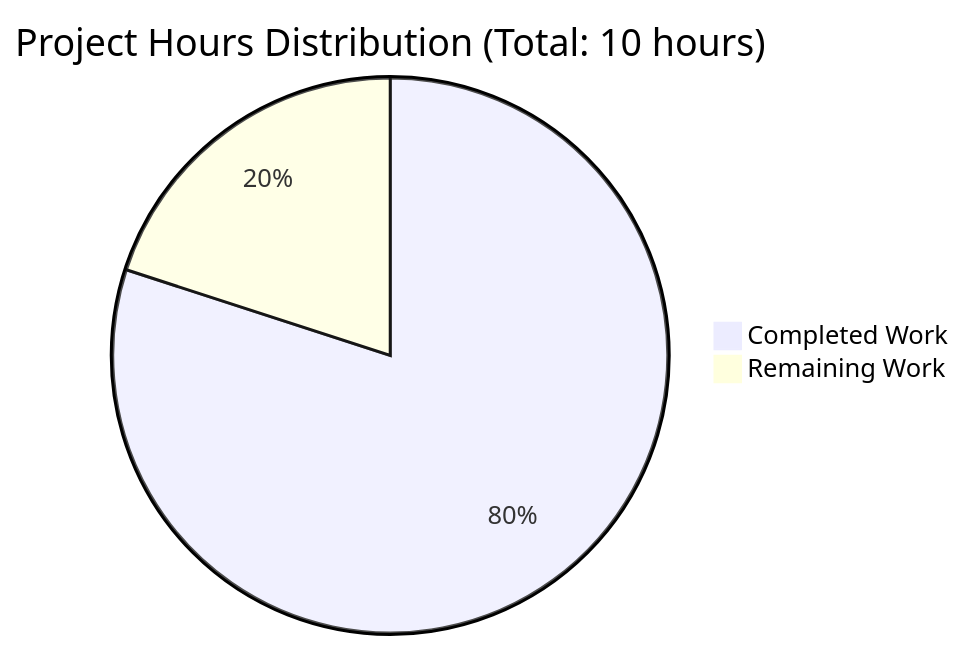
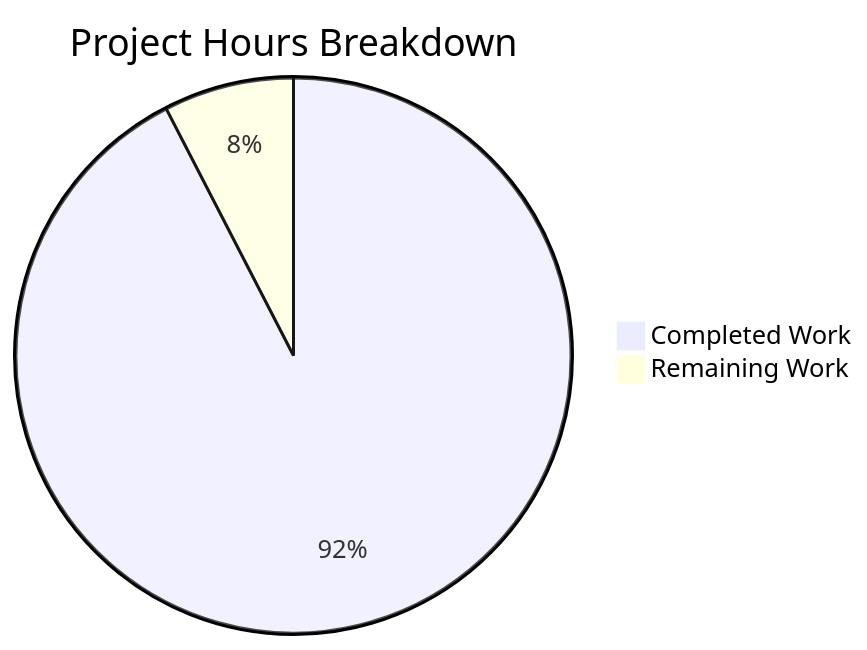
Before and after one commit to sudhanshu-spec/test-spec: the diagram in blitzy/documentation/Project Guide.md, drawn with Mermaid. The commit also changed other lines of this file, not shown here.

Commit message:
Adding Blitzy Project Guide: Project Status and Human Tasks Remaining

````diff
--- a/blitzy/documentation/Project Guide.md
+++ b/blitzy/documentation/Project Guide.md
@@ -31,5 +122,5 @@
 ```mermaid
-pie title Project Hours Distribution (Total: 10 hours)
-    "Completed Work" : 8
-    "Remaining Work" : 2
+pie title Project Hours Breakdown
+    "Completed Work" : 30.5
+    "Remaining Work" : 2.5
 ```
````
